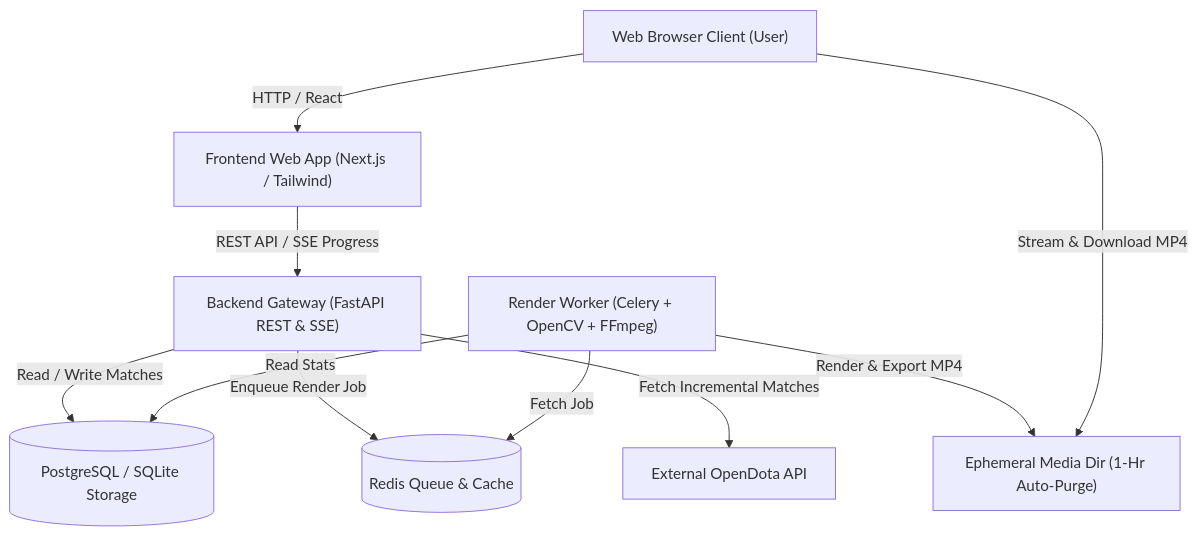
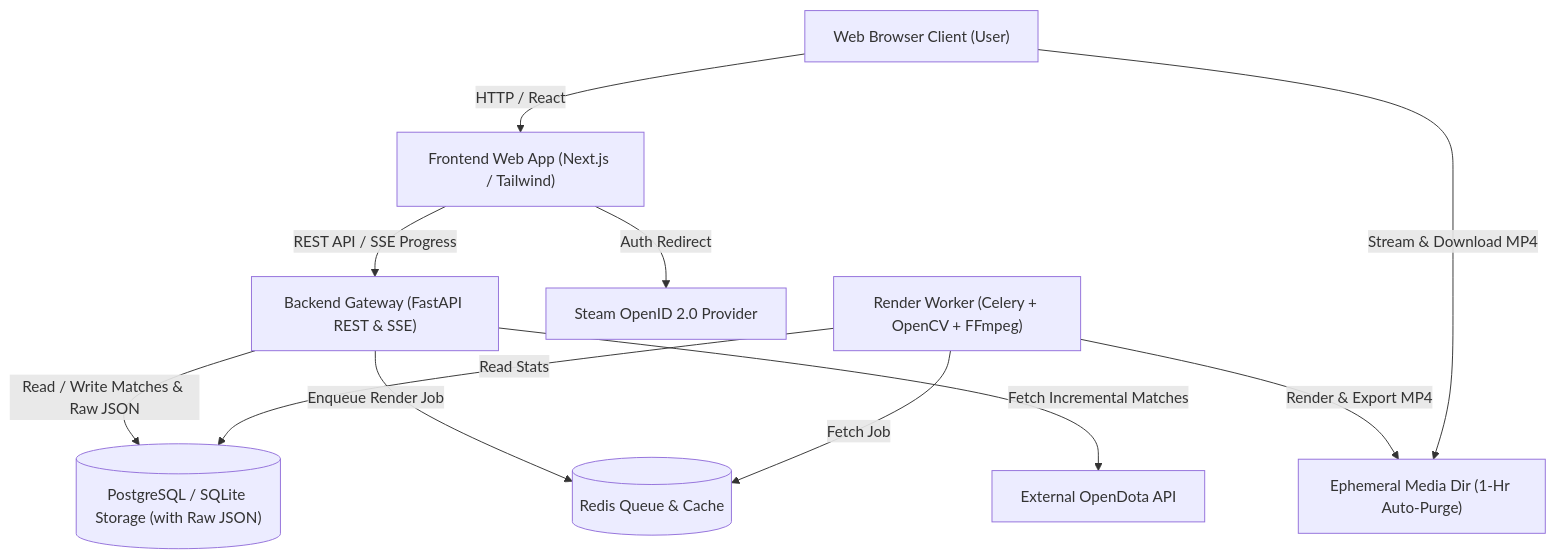
The second of 2 diagrams in docs/Phase4_Architecture_SDD.md (Ten5/Dota-Visualizer), drawn with Mermaid before and after one commit. The commit also changed other lines of this file, not shown here.

Commit message:
docs: update Phase 4 SDD with hybrid steam auth, raw json retention, and 90-day LRU cache pruning

````diff
--- a/docs/Phase4_Architecture_SDD.md
+++ b/docs/Phase4_Architecture_SDD.md
@@ -93,21 +105,23 @@
 ```mermaid
 graph TB
     User["Web Browser Client (User)"]
     FE["Frontend Web App (Next.js / Tailwind)"]
     API["Backend Gateway (FastAPI REST & SSE)"]
+    Steam["Steam OpenID 2.0 Provider"]
     Redis[("Redis Queue & Cache")]
     Worker["Render Worker (Celery + OpenCV + FFmpeg)"]
-    DB[("PostgreSQL / SQLite Storage")]
+    DB[("PostgreSQL / SQLite Storage (with Raw JSON)")]
     Storage["Ephemeral Media Dir (1-Hr Auto-Purge)"]
     OpenDota["External OpenDota API"]
 
     User -->|HTTP / React| FE
+    FE -->|Auth Redirect| Steam
     FE -->|REST API / SSE Progress| API
-    API -->|Read / Write Matches| DB
+    API -->|Read / Write Matches & Raw JSON| DB
     API -->|Enqueue Render Job| Redis
     API -->|Fetch Incremental Matches| OpenDota
     Worker -->|Fetch Job| Redis
     Worker -->|Read Stats| DB
     Worker -->|Render & Export MP4| Storage
     User -->|Stream & Download MP4| Storage
 ```
````
